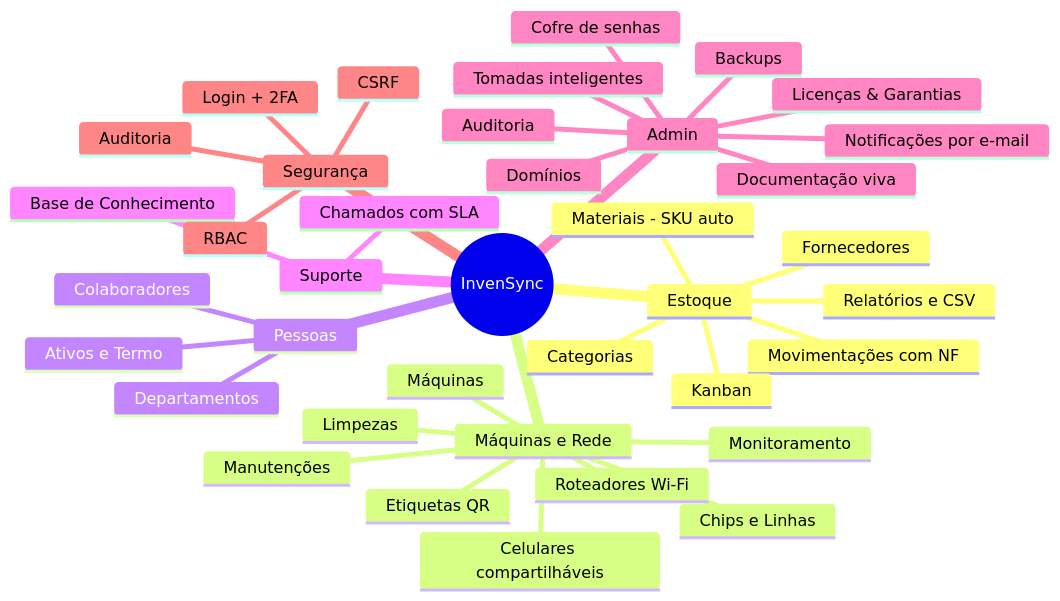
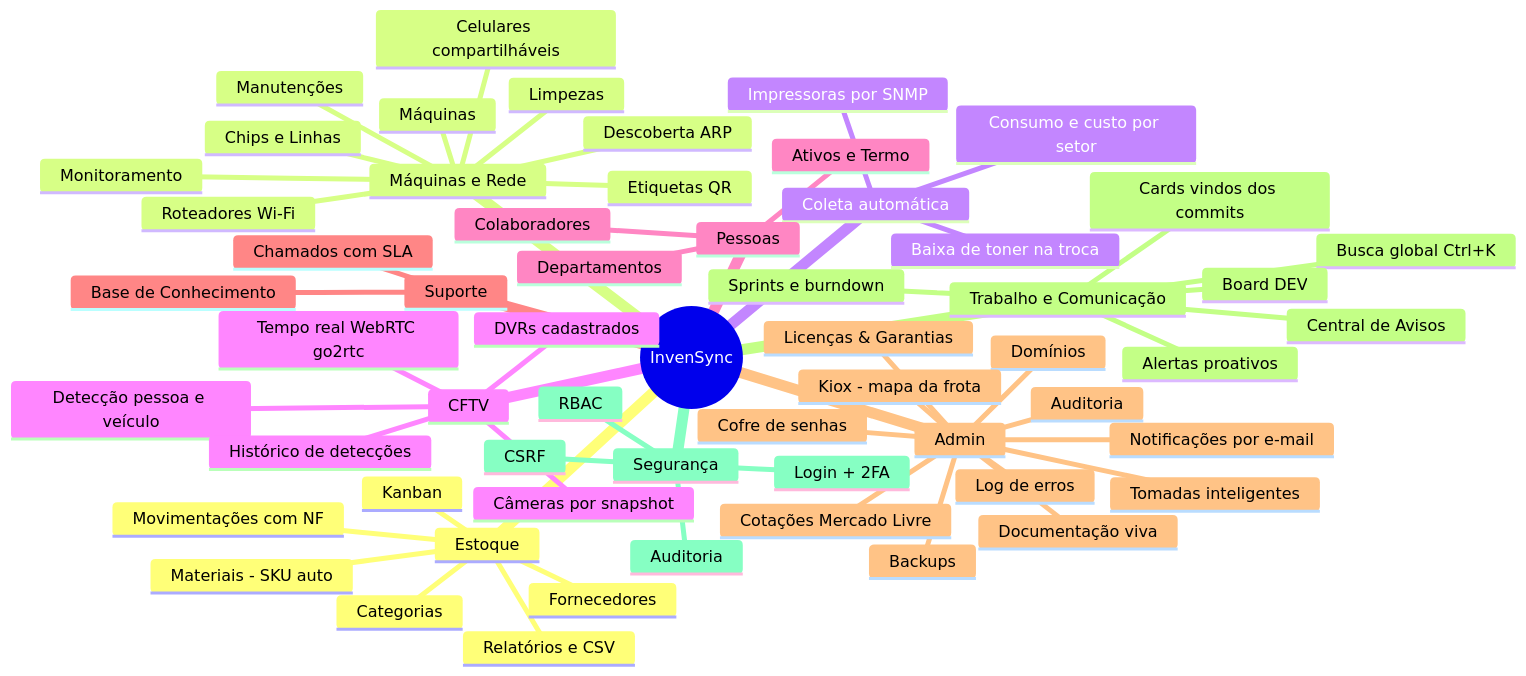
Before and after one commit to nerdGG094/InvenSync: diagram 26 of 26 in docs/DOCUMENTACAO.md, drawn with Mermaid. The commit also changed other lines of this file and 2 other files, not shown here.

````diff
--- a/docs/DOCUMENTACAO.md
+++ b/docs/DOCUMENTACAO.md
@@ -1048,41 +1347,62 @@
 ```mermaid
 mindmap
   root((InvenSync))
     Estoque
       Materiais - SKU auto
       Categorias
       Fornecedores
       Movimentações com NF
       Kanban
       Relatórios e CSV
     Máquinas e Rede
       Máquinas
       Celulares compartilháveis
       Chips e Linhas
       Roteadores Wi-Fi
       Limpezas
       Manutenções
       Monitoramento
       Etiquetas QR
+      Descoberta ARP
+    Coleta automática
+      Impressoras por SNMP
+      Baixa de toner na troca
+      Consumo e custo por setor
+    CFTV
+      DVRs cadastrados
+      Câmeras por snapshot
+      Tempo real WebRTC go2rtc
+      Detecção pessoa e veículo
+      Histórico de detecções
     Pessoas
       Colaboradores
       Departamentos
       Ativos e Termo
     Suporte
       Chamados com SLA
       Base de Conhecimento
     Admin
       Cofre de senhas
       Licenças & Garantias
       Domínios
       Auditoria
       Backups
       Tomadas inteligentes
       Notificações por e-mail
+      Cotações Mercado Livre
+      Kiox - mapa da frota
+      Log de erros
       Documentação viva
+    Trabalho e Comunicação
+      Central de Avisos
+      Alertas proativos
+      Busca global Ctrl+K
+      Board DEV
+      Sprints e burndown
+      Cards vindos dos commits
     Segurança
       Login + 2FA
       RBAC
       CSRF
       Auditoria
 ```
````
